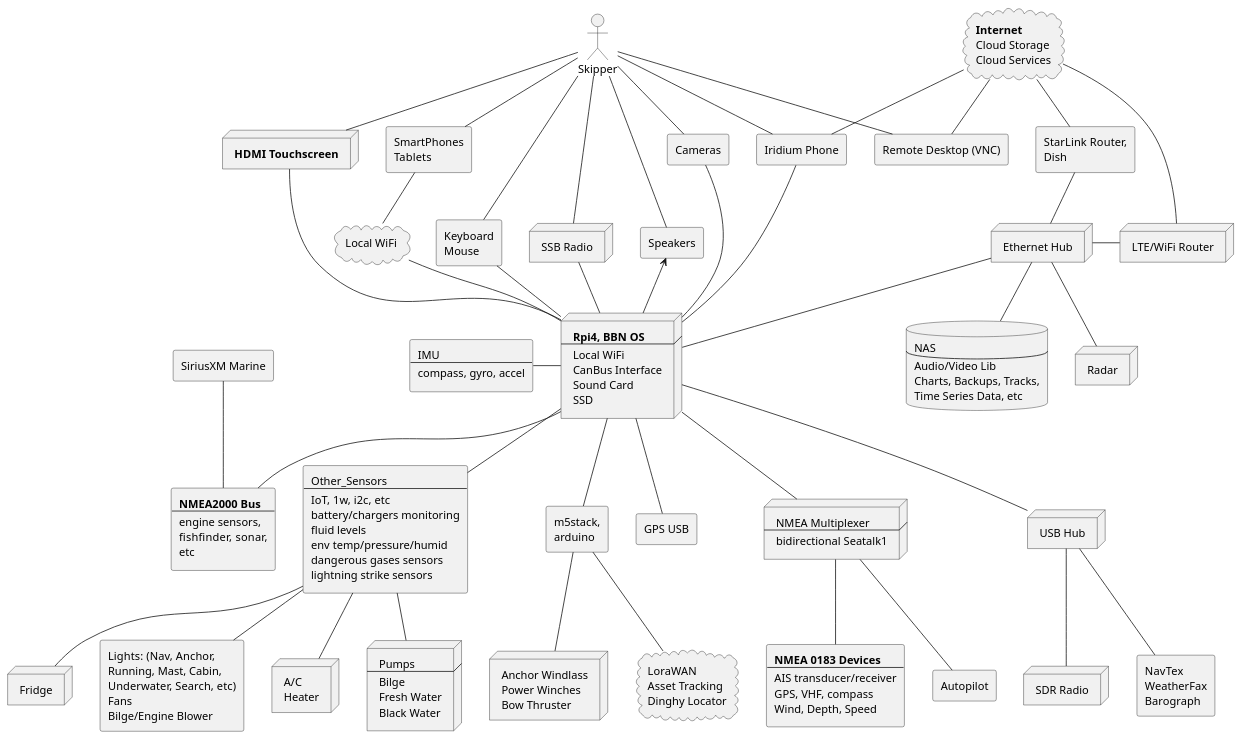
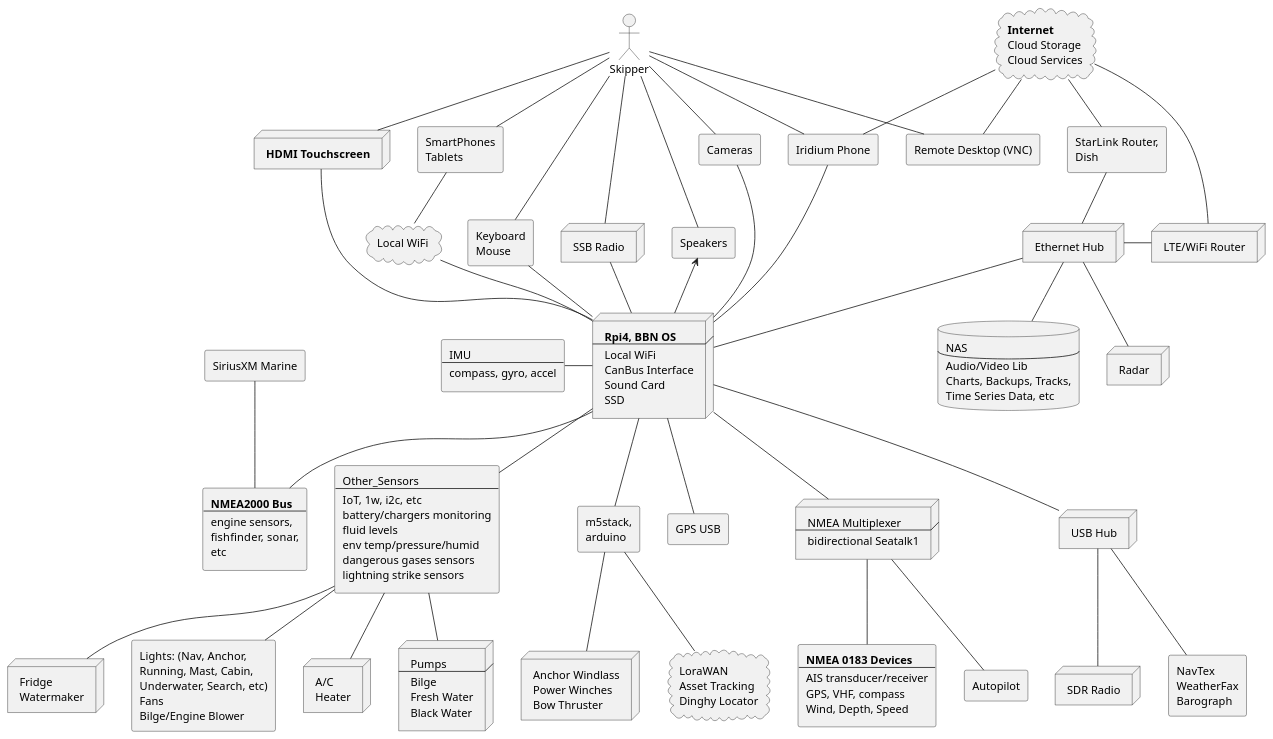
One commit to bareboat-necessities/my-bareboat changed the diagram in docs/plantuml/system-arch.puml. Above: the diagram before and after it, drawn with PlantUML. The commit also changed 1 other file, not shown here.

Commit message:
better diagrams

```diff
--- a/docs/plantuml/system-arch.puml
+++ b/docs/plantuml/system-arch.puml
@@ -128,6 +128,7 @@
 
 node Fridge [
  Fridge
+ Watermaker
 ]
 
 rectangle Lights_Fans [
```
